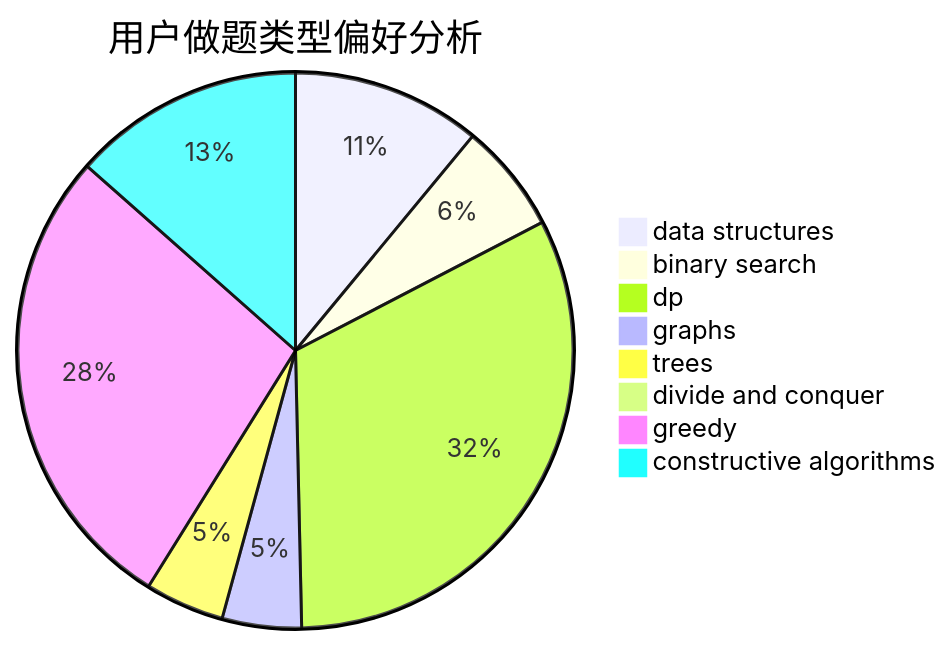
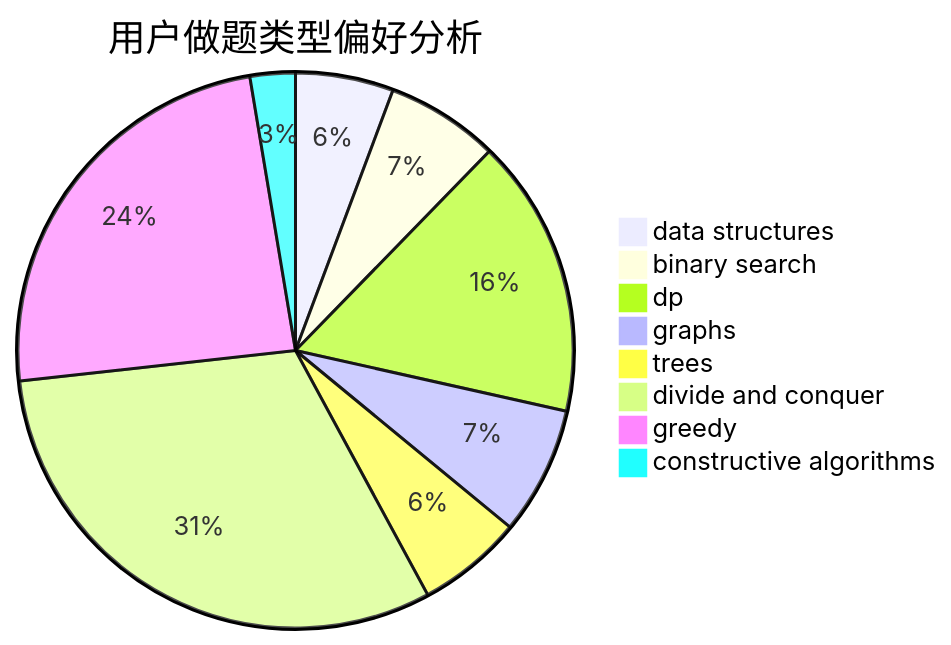
Before and after one commit to sherpahu/cfrs.github.io: the second of 3 diagrams in docs/user/u704.md, drawn with Mermaid. The commit also changed other lines of this file and 2770 other files, not shown here.

````diff
--- a/docs/user/u704.md
+++ b/docs/user/u704.md
@@ -23,11 +23,11 @@
 ```mermaid
 pie title 用户做题类型偏好分析
-    "data structures" :  31
-    "binary search" :  18
-    "dp" :  91
-    "graphs" :  13
-    "trees" :  13
-    "divide and conquer" :  0
-    "greedy" :  78
-    "constructive algorithms" :  38
+    "data structures" :  13
+    "binary search" :  15
+    "dp" :  37
+    "graphs" :  17
+    "trees" :  14
+    "divide and conquer" :  71
+    "greedy" :  55
+    "constructive algorithms" :  6
 ```
````
